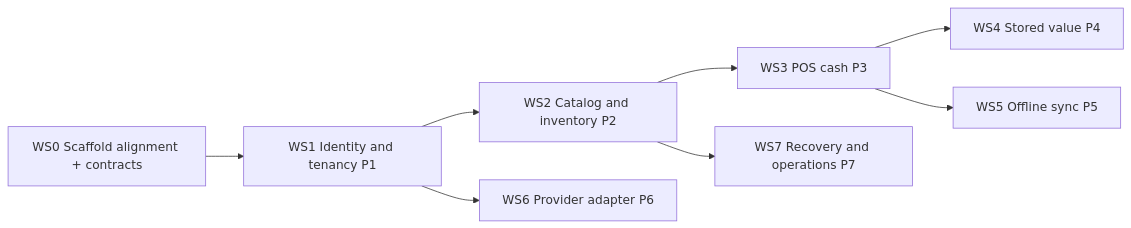
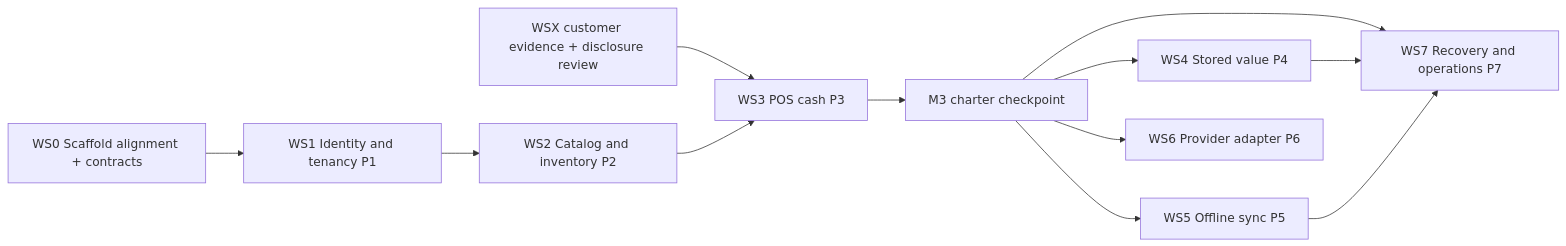
Before and after one commit to kareemschultz/platform-design-authority: the diagram in docs/blueprint/17-Roadmap/FIRST_SLICE_IMPLEMENTATION_PLAN.md, drawn with Mermaid. The commit also changed other lines of this file and 15 other files, not shown here.

````diff
--- a/docs/blueprint/17-Roadmap/FIRST_SLICE_IMPLEMENTATION_PLAN.md
+++ b/docs/blueprint/17-Roadmap/FIRST_SLICE_IMPLEMENTATION_PLAN.md
@@ -76,10 +78,14 @@
 ```mermaid
 graph LR
   WS0[WS0 Scaffold alignment + contracts] --> WS1[WS1 Identity and tenancy P1]
   WS1 --> WS2[WS2 Catalog and inventory P2]
+  X3[WSX customer evidence + disclosure review] --> WS3
   WS2 --> WS3[WS3 POS cash P3]
-  WS3 --> WS4[WS4 Stored value P4]
-  WS3 --> WS5[WS5 Offline sync P5]
-  WS1 --> WS6[WS6 Provider adapter P6]
-  WS2 --> WS7[WS7 Recovery and operations P7]
+  WS3 --> M3[M3 charter checkpoint]
+  M3 --> WS4[WS4 Stored value P4]
+  M3 --> WS5[WS5 Offline sync P5]
+  M3 --> WS6[WS6 Provider adapter P6]
+  M3 --> WS7[WS7 Recovery and operations P7]
+  WS4 --> WS7
+  WS5 --> WS7
 ```
````
